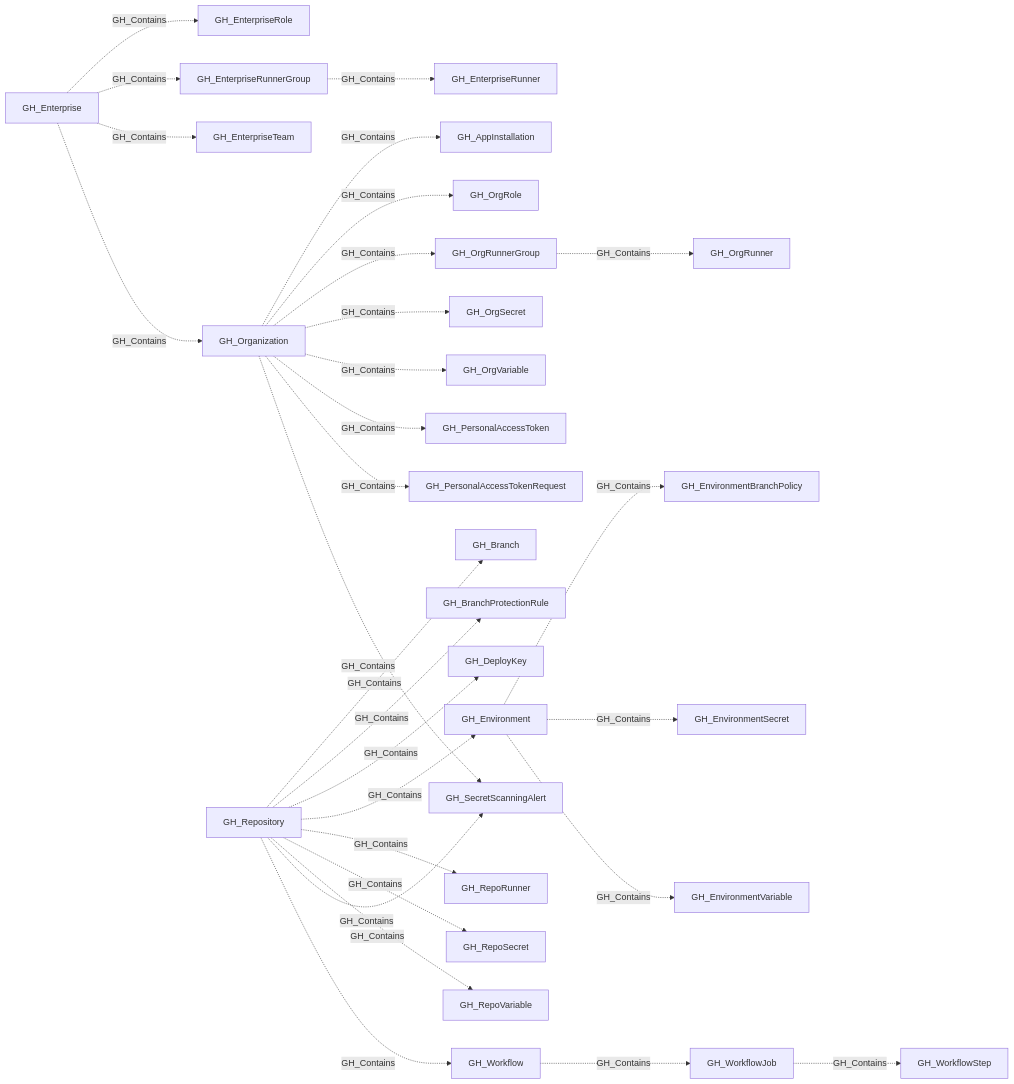
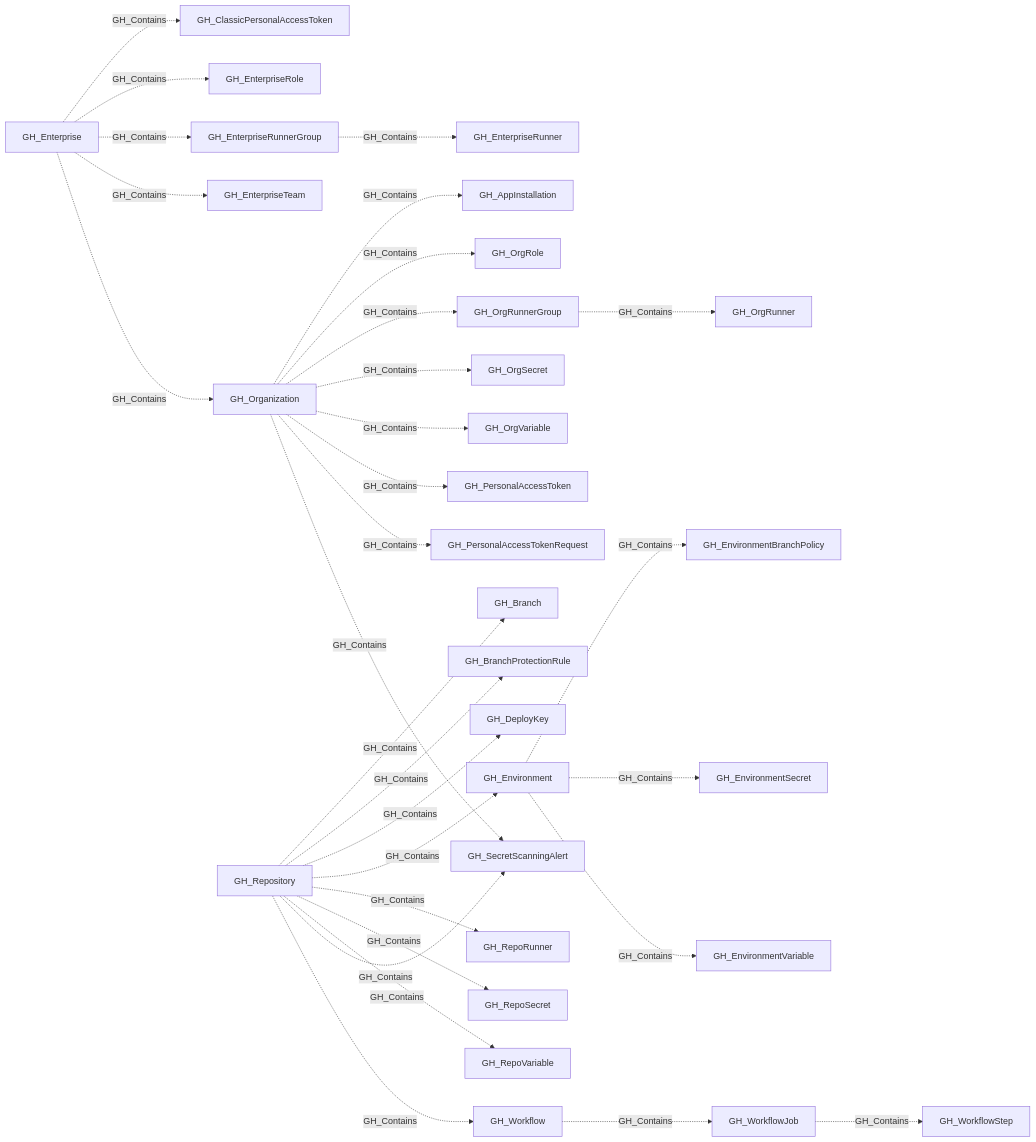
Before and after one commit to SpecterOps/openhound-github: the diagram in descriptions/edges/GH_Contains.md, drawn with Mermaid. The commit also changed other lines of this file and 18 other files, not shown here.

Commit message:
Collect classic PATs from enterprise credential exports

````diff
--- a/descriptions/edges/GH_Contains.md
+++ b/descriptions/edges/GH_Contains.md
@@ -42,60 +43,62 @@
 ```mermaid
 graph LR
     n0["GH_Enterprise"]
-    n1["GH_EnterpriseRole"]
-    n2["GH_EnterpriseRunnerGroup"]
-    n3["GH_EnterpriseTeam"]
-    n4["GH_Organization"]
-    n5["GH_EnterpriseRunner"]
-    n6["GH_Environment"]
-    n7["GH_EnvironmentBranchPolicy"]
-    n8["GH_EnvironmentSecret"]
-    n9["GH_EnvironmentVariable"]
-    n10["GH_OrgRunnerGroup"]
-    n11["GH_OrgRunner"]
-    n12["GH_AppInstallation"]
-    n13["GH_OrgRole"]
-    n14["GH_OrgSecret"]
-    n15["GH_OrgVariable"]
-    n16["GH_PersonalAccessToken"]
-    n17["GH_PersonalAccessTokenRequest"]
-    n18["GH_SecretScanningAlert"]
-    n19["GH_Repository"]
-    n20["GH_Branch"]
-    n21["GH_BranchProtectionRule"]
-    n22["GH_DeployKey"]
-    n23["GH_RepoRunner"]
-    n24["GH_RepoSecret"]
-    n25["GH_RepoVariable"]
-    n26["GH_Workflow"]
-    n27["GH_WorkflowJob"]
-    n28["GH_WorkflowStep"]
+    n1["GH_ClassicPersonalAccessToken"]
+    n2["GH_EnterpriseRole"]
+    n3["GH_EnterpriseRunnerGroup"]
+    n4["GH_EnterpriseTeam"]
+    n5["GH_Organization"]
+    n6["GH_EnterpriseRunner"]
+    n7["GH_Environment"]
+    n8["GH_EnvironmentBranchPolicy"]
+    n9["GH_EnvironmentSecret"]
+    n10["GH_EnvironmentVariable"]
+    n11["GH_OrgRunnerGroup"]
+    n12["GH_OrgRunner"]
+    n13["GH_AppInstallation"]
+    n14["GH_OrgRole"]
+    n15["GH_OrgSecret"]
+    n16["GH_OrgVariable"]
+    n17["GH_PersonalAccessToken"]
+    n18["GH_PersonalAccessTokenRequest"]
+    n19["GH_SecretScanningAlert"]
+    n20["GH_Repository"]
+    n21["GH_Branch"]
+    n22["GH_BranchProtectionRule"]
+    n23["GH_DeployKey"]
+    n24["GH_RepoRunner"]
+    n25["GH_RepoSecret"]
+    n26["GH_RepoVariable"]
+    n27["GH_Workflow"]
+    n28["GH_WorkflowJob"]
+    n29["GH_WorkflowStep"]
     n0 -.->|GH_Contains| n1
     n0 -.->|GH_Contains| n2
     n0 -.->|GH_Contains| n3
     n0 -.->|GH_Contains| n4
-    n2 -.->|GH_Contains| n5
-    n6 -.->|GH_Contains| n7
-    n6 -.->|GH_Contains| n8
-    n6 -.->|GH_Contains| n9
-    n10 -.->|GH_Contains| n11
-    n4 -.->|GH_Contains| n12
-    n4 -.->|GH_Contains| n13
-    n4 -.->|GH_Contains| n10
-    n4 -.->|GH_Contains| n14
-    n4 -.->|GH_Contains| n15
-    n4 -.->|GH_Contains| n16
-    n4 -.->|GH_Contains| n17
-    n4 -.->|GH_Contains| n18
-    n19 -.->|GH_Contains| n20
-    n19 -.->|GH_Contains| n21
-    n19 -.->|GH_Contains| n22
-    n19 -.->|GH_Contains| n6
-    n19 -.->|GH_Contains| n23
-    n19 -.->|GH_Contains| n24
-    n19 -.->|GH_Contains| n25
-    n19 -.->|GH_Contains| n18
-    n19 -.->|GH_Contains| n26
-    n26 -.->|GH_Contains| n27
+    n0 -.->|GH_Contains| n5
+    n3 -.->|GH_Contains| n6
+    n7 -.->|GH_Contains| n8
+    n7 -.->|GH_Contains| n9
+    n7 -.->|GH_Contains| n10
+    n11 -.->|GH_Contains| n12
+    n5 -.->|GH_Contains| n13
+    n5 -.->|GH_Contains| n14
+    n5 -.->|GH_Contains| n11
+    n5 -.->|GH_Contains| n15
+    n5 -.->|GH_Contains| n16
+    n5 -.->|GH_Contains| n17
+    n5 -.->|GH_Contains| n18
+    n5 -.->|GH_Contains| n19
+    n20 -.->|GH_Contains| n21
+    n20 -.->|GH_Contains| n22
+    n20 -.->|GH_Contains| n23
+    n20 -.->|GH_Contains| n7
+    n20 -.->|GH_Contains| n24
+    n20 -.->|GH_Contains| n25
+    n20 -.->|GH_Contains| n26
+    n20 -.->|GH_Contains| n19
+    n20 -.->|GH_Contains| n27
     n27 -.->|GH_Contains| n28
+    n28 -.->|GH_Contains| n29
 ```
````
